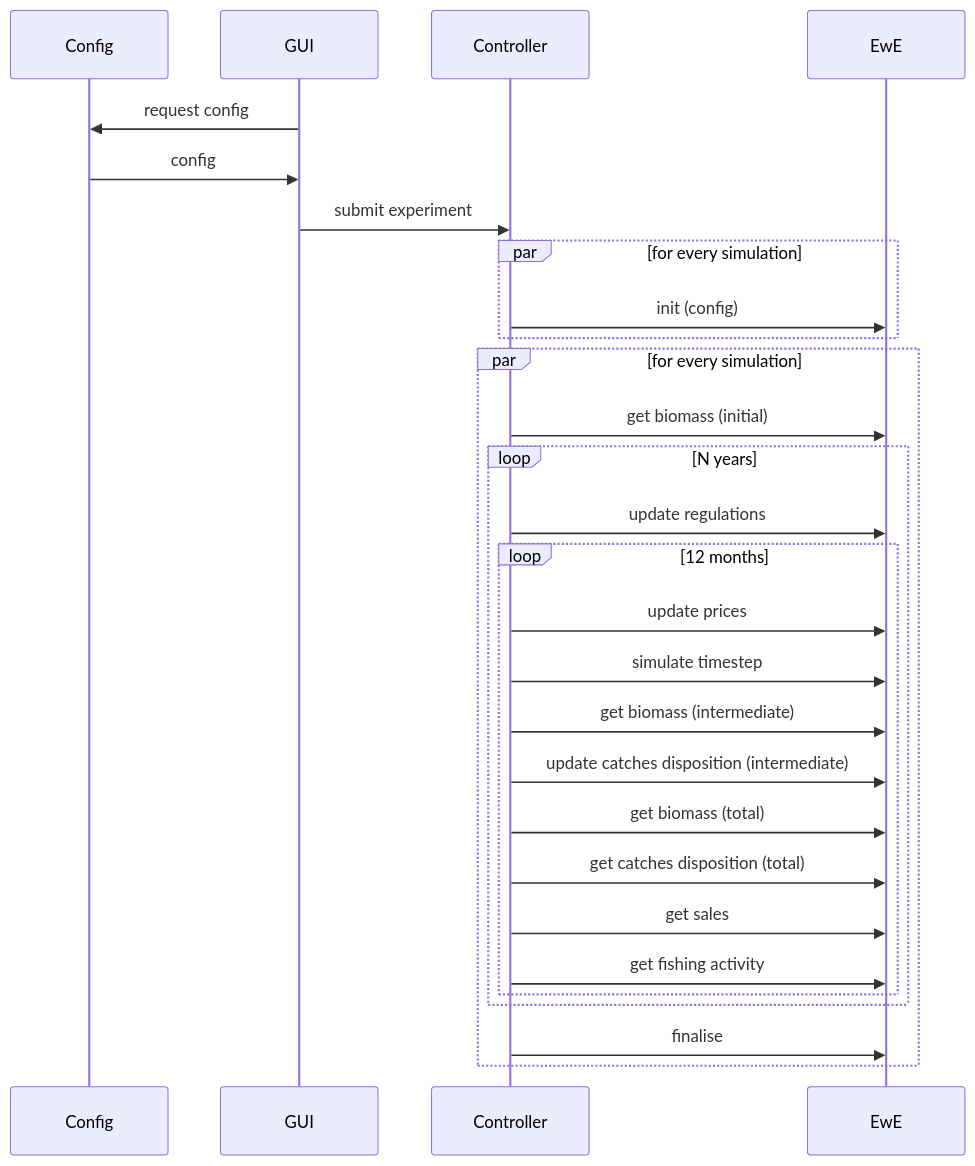
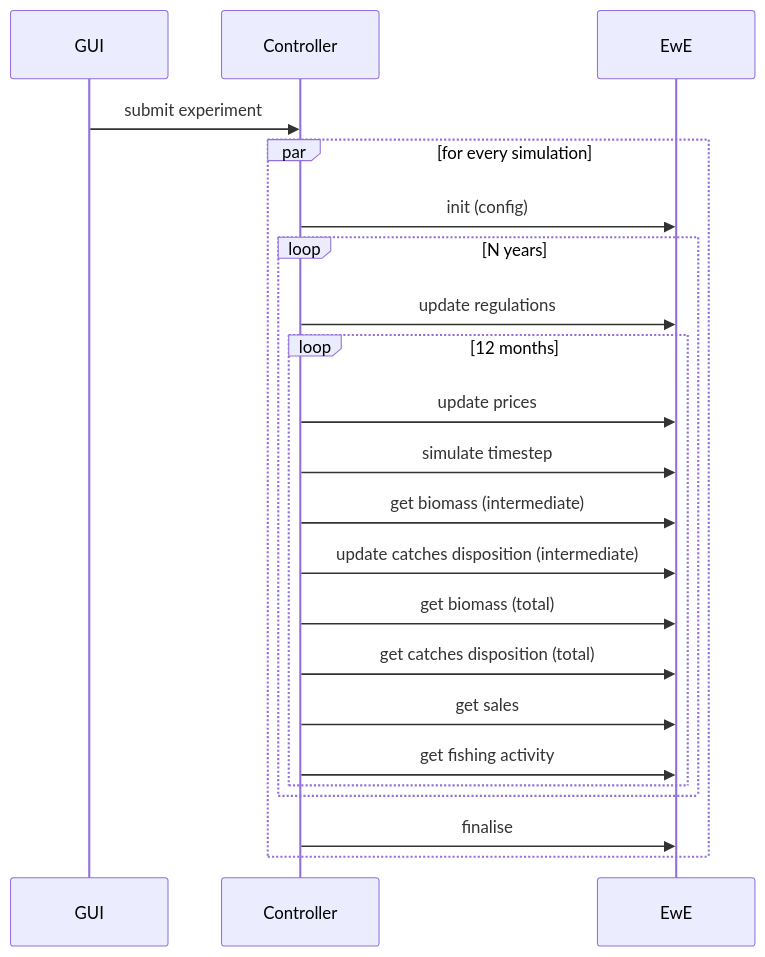
Before and after one commit to SURIMI-Project/SURIMI-project: the diagram in deliverables/D3.5 - EwE model/D3.5 - EwE model.md, drawn with Mermaid.

Commit message:
Refactor sequence diagram by removing 'Config' participant
Removed unnecessary participant 'Config' and related requests from the sequence diagram in the EwE model documentation.

````diff
--- a/deliverables/D3.5 - EwE model/D3.5 - EwE model.md
+++ b/deliverables/D3.5 - EwE model/D3.5 - EwE model.md
@@ -30,44 +30,36 @@
 ```mermaid
 
  sequenceDiagram
 
-    participant Config
     participant GUI
     participant Controller
     participant EwE
 
     %% Initialisation %%
     %% this is the init %%
-    GUI ->> Config: request config
-    Config ->> GUI: config
     GUI ->> Controller: submit experiment
     par for every simulation
     Controller ->> EwE: init (config)
-    end
 
     %% Simulation %%
     %% starting the simulation %%
-
-    par for every simulation
-
-    Controller ->> EwE: get biomass (initial)
 
     loop N years
         Controller ->> EwE: update regulations
         loop 12 months
             Controller ->> EwE: update prices
             Controller ->> EwE: simulate timestep
             Controller ->> EwE: get biomass (intermediate)
             Controller ->> EwE: update catches disposition (intermediate)
 
             Controller ->> EwE: get biomass (total)
             Controller ->> EwE: get catches disposition (total) 
 
             Controller ->> EwE: get sales
 
             Controller ->> EwE: get fishing activity
         end
     end
     Controller ->> EwE: finalise
 end
 ```
````
